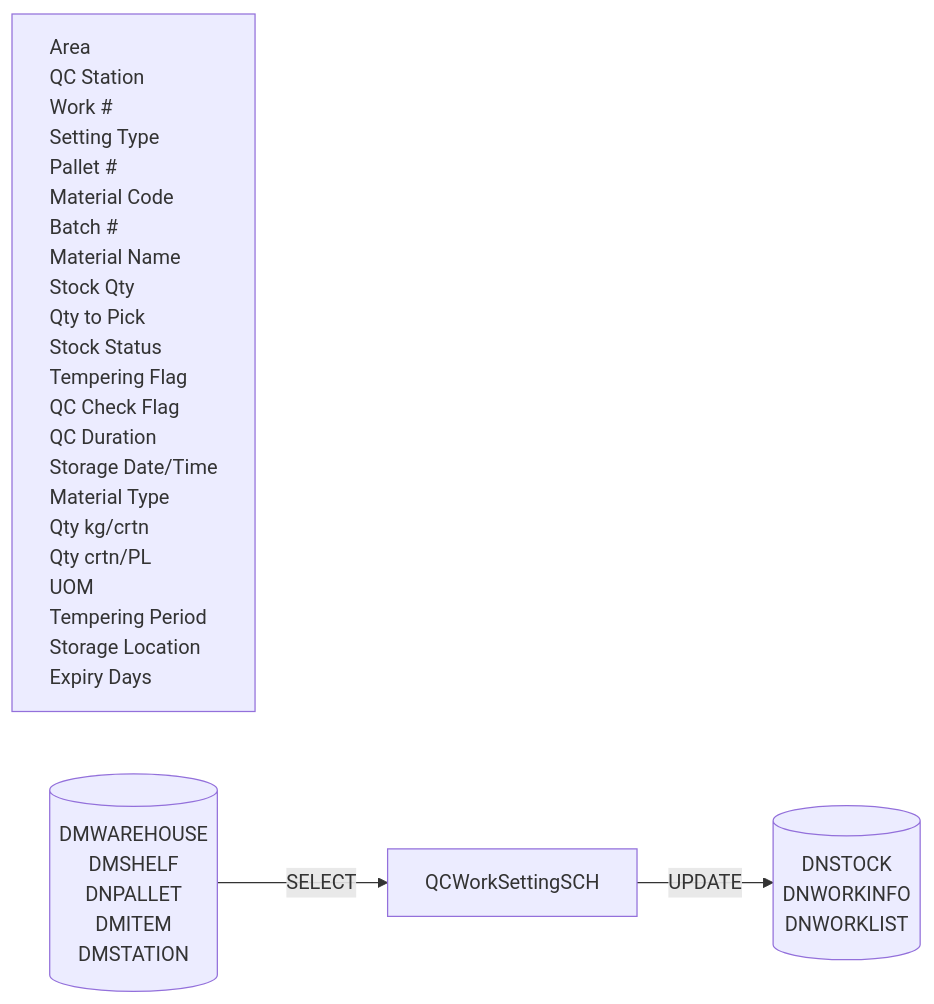
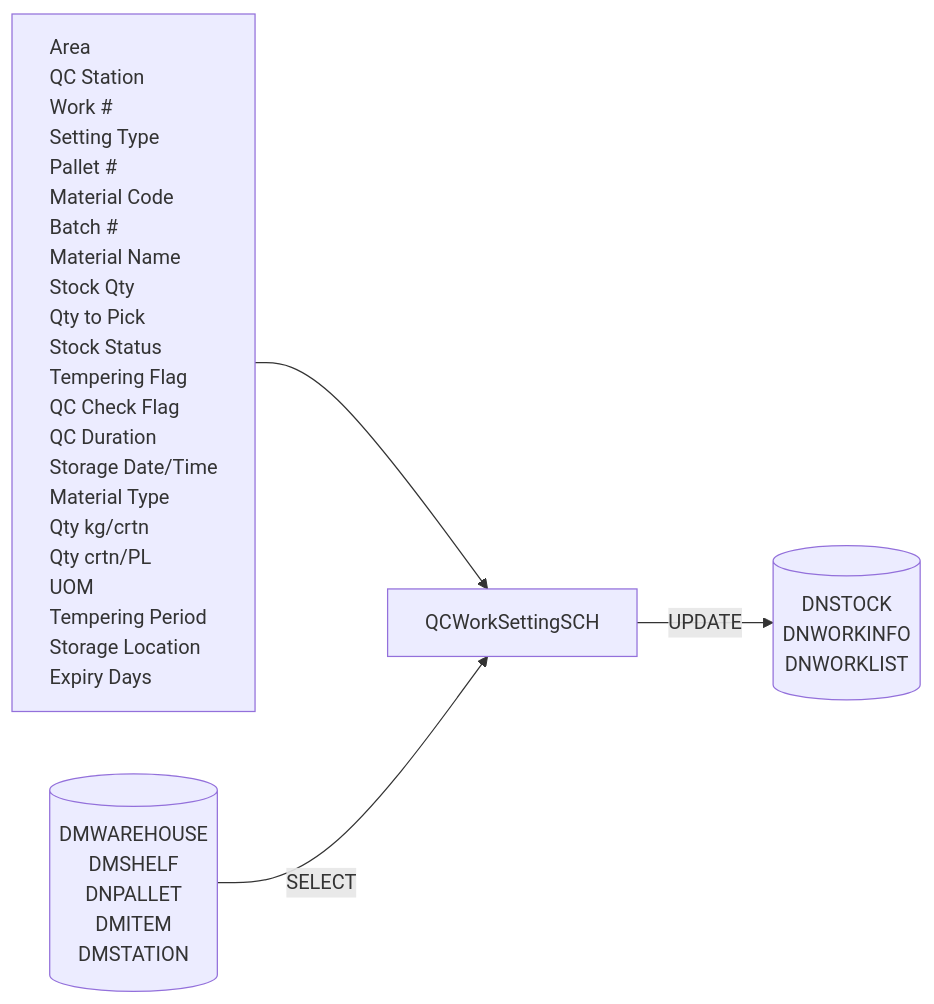
Before and after one commit to luthfiadityaa/SimeDarby-Wiki: the fifth of 22 diagrams in Basic-Design/DFD-WMS/Retrieval/QC-Setting/QC-Work-from-Retrieval-for-QC-Start.md, drawn with Mermaid.

Commit message:
Updated QC Work from Retrieval for QC Start

```diff
--- a/Basic-Design/DFD-WMS/Retrieval/QC-Setting/QC-Work-from-Retrieval-for-QC-Start.md
+++ b/Basic-Design/DFD-WMS/Retrieval/QC-Setting/QC-Work-from-Retrieval-for-QC-Start.md
@@ -128,49 +128,50 @@
 ::: mermaid
 flowchart LR
     input[
         Area
         QC Station
         Work #
         Setting Type               
         Pallet #
         Material Code
         Batch #
         Material Name
         Stock Qty
         Qty to Pick
         Stock Status
         Tempering Flag
         QC Check Flag
         QC Duration
         Storage Date/Time
         Material Type
         Qty kg/crtn
         Qty crtn/PL
         UOM
         Tempering Period
         Storage Location
         Expiry Days
     ]
 
      tableList-update[("
         DNSTOCK
         DNWORKINFO
         DNWORKLIST
     ")]
 
      tableList-select[("
         DMWAREHOUSE
         DMSHELF
         DNPALLET
         DMITEM
         DMSTATION
     ")]
 
     className[QCWorkSettingSCH]
 
+    input-->className
     tableList-select --> |SELECT| className
     className --> |UPDATE| tableList-update
 
     classDef leftAlign text-align:left;
     class input leftAlign;
 :::
```
